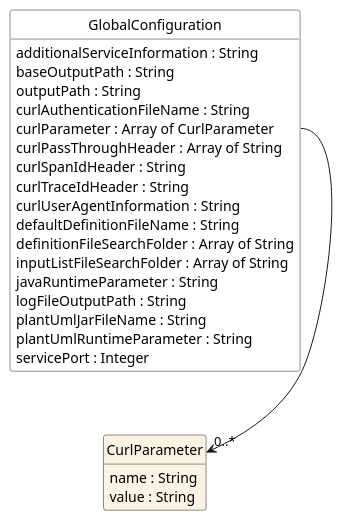
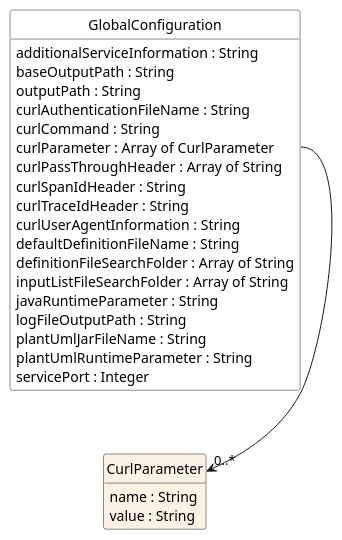
The diagram in documentation/models/globalconfigurationfile/globalconfigurationfile.puml (jfudickar/json2puml), drawn with PlantUML before and after one commit. The commit also changed 4 other files, not shown here.

```diff
--- a/documentation/models/globalconfigurationfile/globalconfigurationfile.puml
+++ b/documentation/models/globalconfigurationfile/globalconfigurationfile.puml
@@ -1,39 +1,40 @@
 @startuml
 hide circle
 hide methods
 hide stereotype
 show <<Enumeration>> stereotype
 skinparam class {
    BackgroundColor<<Enumeration>> #E6F5F7
    BackgroundColor<<Ref>> #FFFFE0
    BackgroundColor<<Pivot>> #FFFFFFF
    BackgroundColor #FCF2E3
 }
 
 class CurlParameter {
 	name : String
 	value : String
 }
 
 class GlobalConfiguration <<Pivot>>{
    additionalServiceInformation : String
    baseOutputPath : String
    outputPath : String
    curlAuthenticationFileName : String
+   curlCommand : String
    curlParameter : Array of CurlParameter
    curlPassThroughHeader : Array of String
    curlSpanIdHeader : String
    curlTraceIdHeader : String
    curlUserAgentInformation : String
    defaultDefinitionFileName : String
    definitionFileSearchFolder : Array of String
    inputListFileSearchFolder : Array of String
    javaRuntimeParameter : String
    logFileOutputPath : String
    plantUmlJarFileName : String
    plantUmlRuntimeParameter : String
    servicePort : Integer
 }
 
 GlobalConfiguration::curlParameter --> "0..*" CurlParameter
 @enduml
```
